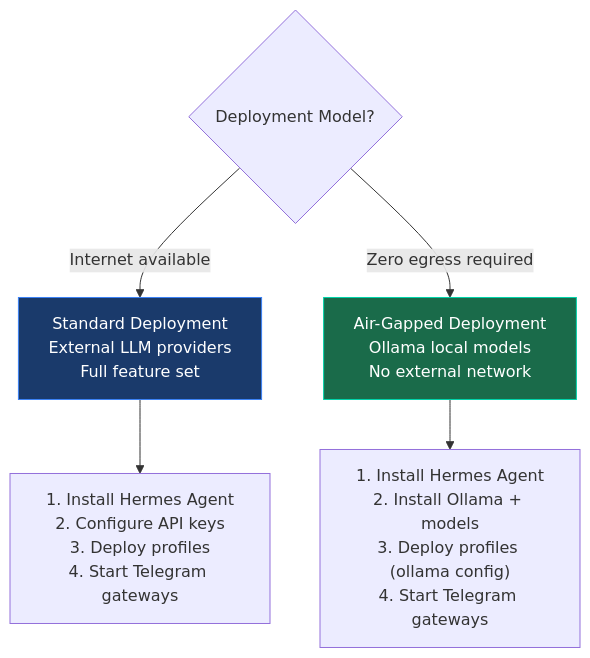
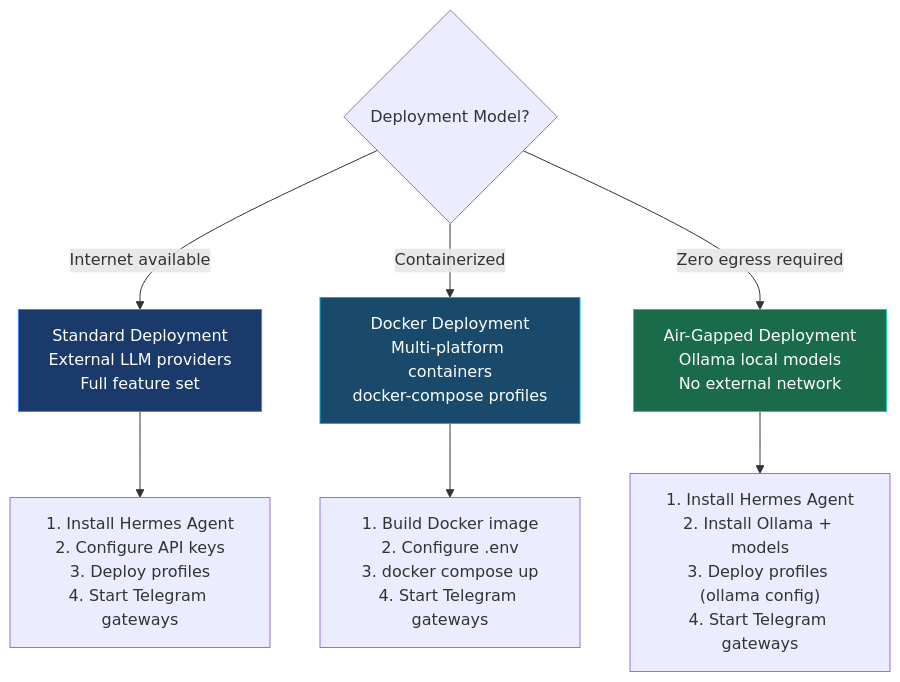
The diagram in docs/deployment/README.md (telemetryflow/telemetryflow-hermes), drawn with Mermaid before and after one commit. The commit also changed other lines of this file and 26 other files, not shown here.

````diff
--- a/docs/deployment/README.md
+++ b/docs/deployment/README.md
@@ -7,16 +7,20 @@
 ```mermaid
 graph TD
     CHOICE{"Deployment Model?"}
 
     STD["Standard Deployment<br/>External LLM providers<br/>Full feature set"]
+    DOCKER["Docker Deployment<br/>Multi-platform containers<br/>docker-compose profiles"]
     AIR["Air-Gapped Deployment<br/>Ollama local models<br/>No external network"]
 
     CHOICE -->|"Internet available"| STD
+    CHOICE -->|"Containerized"| DOCKER
     CHOICE -->|"Zero egress required"| AIR
 
     STD --> STD_STEPS["1. Install Hermes Agent<br/>2. Configure API keys<br/>3. Deploy profiles<br/>4. Start Telegram gateways"]
+    DOCKER --> DOCKER_STEPS["1. Build Docker image<br/>2. Configure .env<br/>3. docker compose up<br/>4. Start Telegram gateways"]
     AIR --> AIR_STEPS["1. Install Hermes Agent<br/>2. Install Ollama + models<br/>3. Deploy profiles (ollama config)<br/>4. Start Telegram gateways"]
 
     style STD fill:#1a3a6b,stroke:#3b82f6,color:#fff
+    style DOCKER fill:#1a4a6b,stroke:#00b4d8,color:#fff
     style AIR fill:#1a6b4a,stroke:#00d4aa,color:#fff
 ```
````
